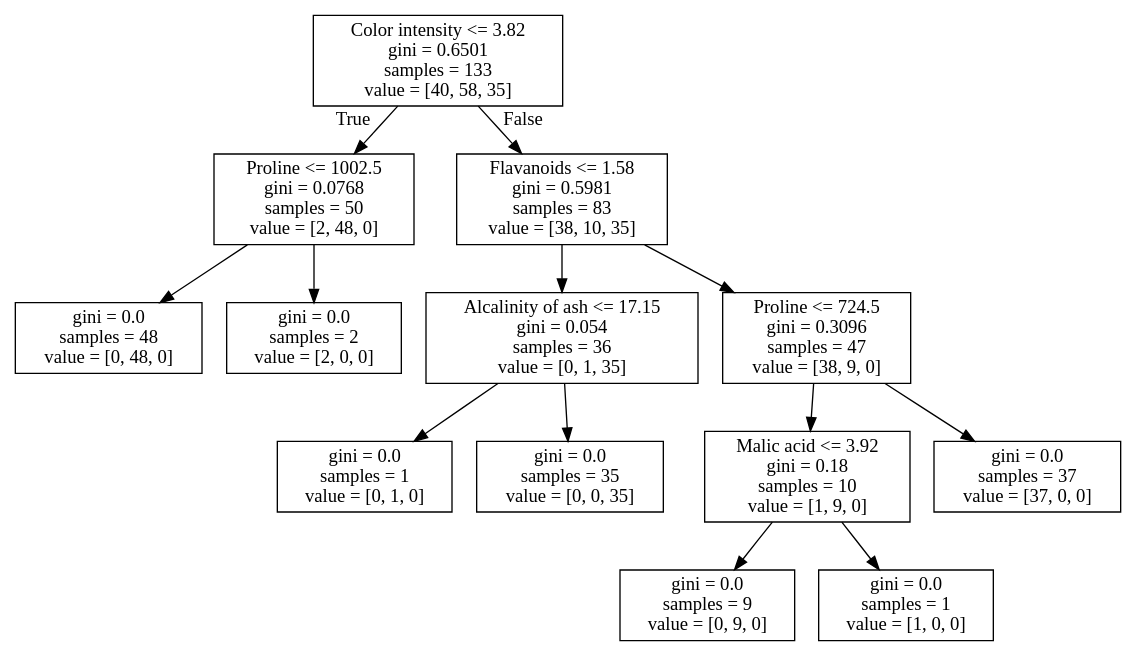
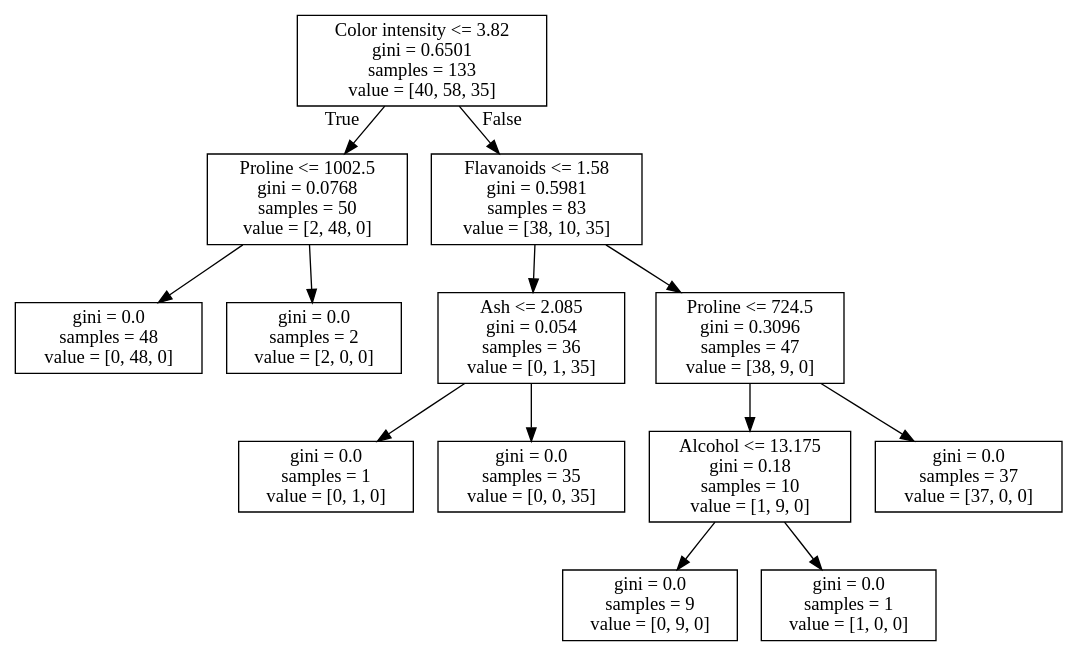
Before and after one commit to AnilKumarTeegala/DSE220_Machine_Learning: the diagram in IPynb/workfile.dot, drawn with Graphviz. The commit also changed 3 other files, not shown here.

```diff
--- a/IPynb/workfile.dot
+++ b/IPynb/workfile.dot
@@ -1,28 +1,28 @@
 digraph Tree {
 node [shape=box] ;
 0 [label="Color intensity <= 3.82\ngini = 0.6501\nsamples = 133\nvalue = [40, 58, 35]"] ;
 1 [label="Proline <= 1002.5\ngini = 0.0768\nsamples = 50\nvalue = [2, 48, 0]"] ;
 0 -> 1 [labeldistance=2.5, labelangle=45, headlabel="True"] ;
 2 [label="gini = 0.0\nsamples = 48\nvalue = [0, 48, 0]"] ;
 1 -> 2 ;
 3 [label="gini = 0.0\nsamples = 2\nvalue = [2, 0, 0]"] ;
 1 -> 3 ;
 4 [label="Flavanoids <= 1.58\ngini = 0.5981\nsamples = 83\nvalue = [38, 10, 35]"] ;
 0 -> 4 [labeldistance=2.5, labelangle=-45, headlabel="False"] ;
-5 [label="Alcalinity of ash <= 17.15\ngini = 0.054\nsamples = 36\nvalue = [0, 1, 35]"] ;
+5 [label="Ash <= 2.085\ngini = 0.054\nsamples = 36\nvalue = [0, 1, 35]"] ;
 4 -> 5 ;
 6 [label="gini = 0.0\nsamples = 1\nvalue = [0, 1, 0]"] ;
 5 -> 6 ;
 7 [label="gini = 0.0\nsamples = 35\nvalue = [0, 0, 35]"] ;
 5 -> 7 ;
 8 [label="Proline <= 724.5\ngini = 0.3096\nsamples = 47\nvalue = [38, 9, 0]"] ;
 4 -> 8 ;
-9 [label="Malic acid <= 3.92\ngini = 0.18\nsamples = 10\nvalue = [1, 9, 0]"] ;
+9 [label="Alcohol <= 13.175\ngini = 0.18\nsamples = 10\nvalue = [1, 9, 0]"] ;
 8 -> 9 ;
 10 [label="gini = 0.0\nsamples = 9\nvalue = [0, 9, 0]"] ;
 9 -> 10 ;
 11 [label="gini = 0.0\nsamples = 1\nvalue = [1, 0, 0]"] ;
 9 -> 11 ;
 12 [label="gini = 0.0\nsamples = 37\nvalue = [37, 0, 0]"] ;
 8 -> 12 ;
 }
```
